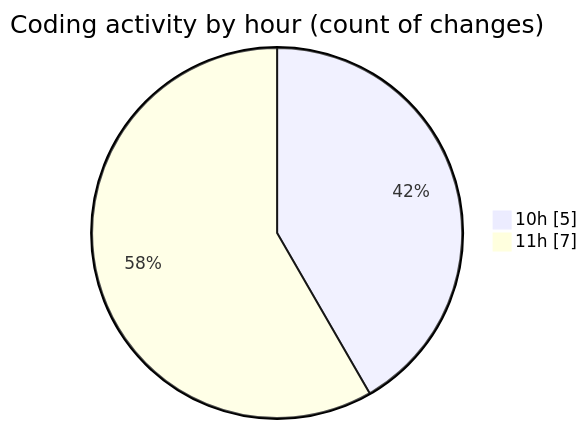
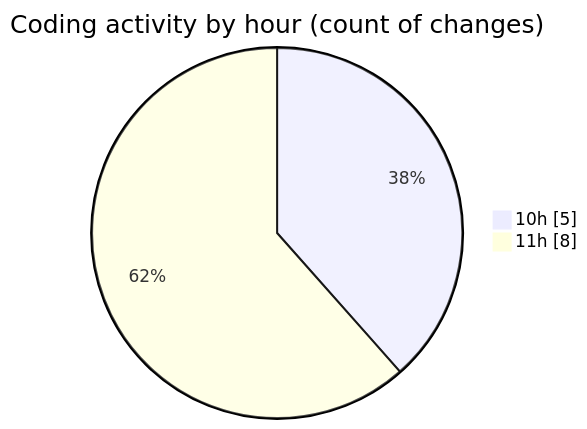
One commit to nxtqubesakshisongat/code-tracking changed the second of 2 diagrams in 2026-07-16/nxtqube_webapp/README.md. Above: the diagram before and after it, drawn with Mermaid. The commit also changed other lines of this file and 1 other file, not shown here.

````diff
--- a/2026-07-16/nxtqube_webapp/README.md
+++ b/2026-07-16/nxtqube_webapp/README.md
@@ -32,6 +32,6 @@
 ```mermaid
 pie showData
 title Coding activity by hour (count of changes)
 "10h" : 5
-"11h" : 7
+"11h" : 8
 ```
````
